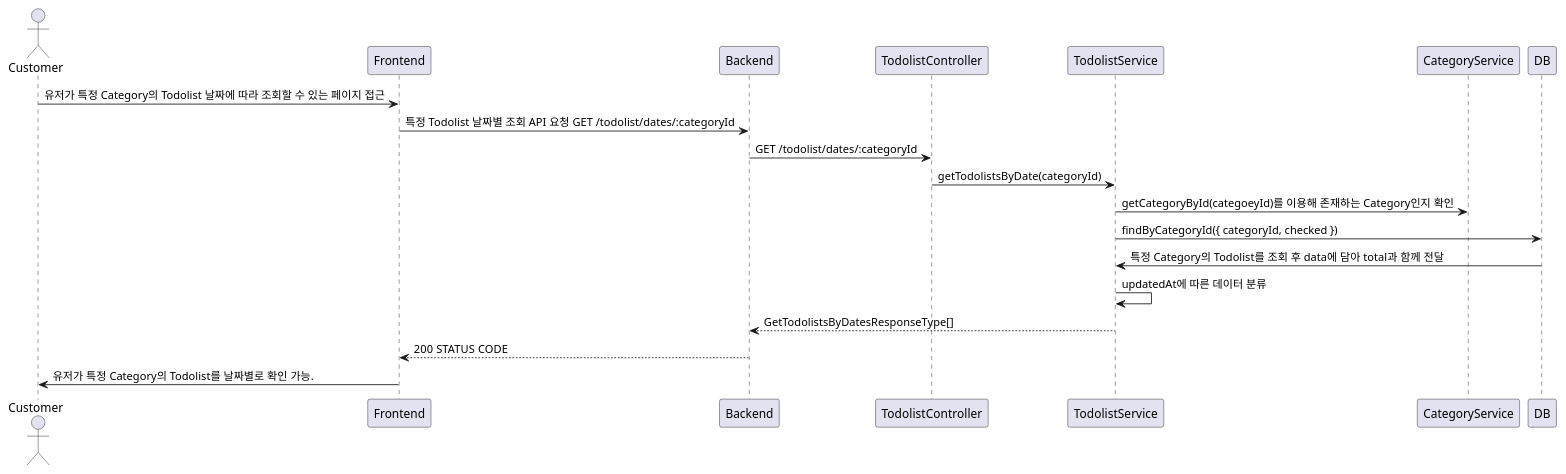
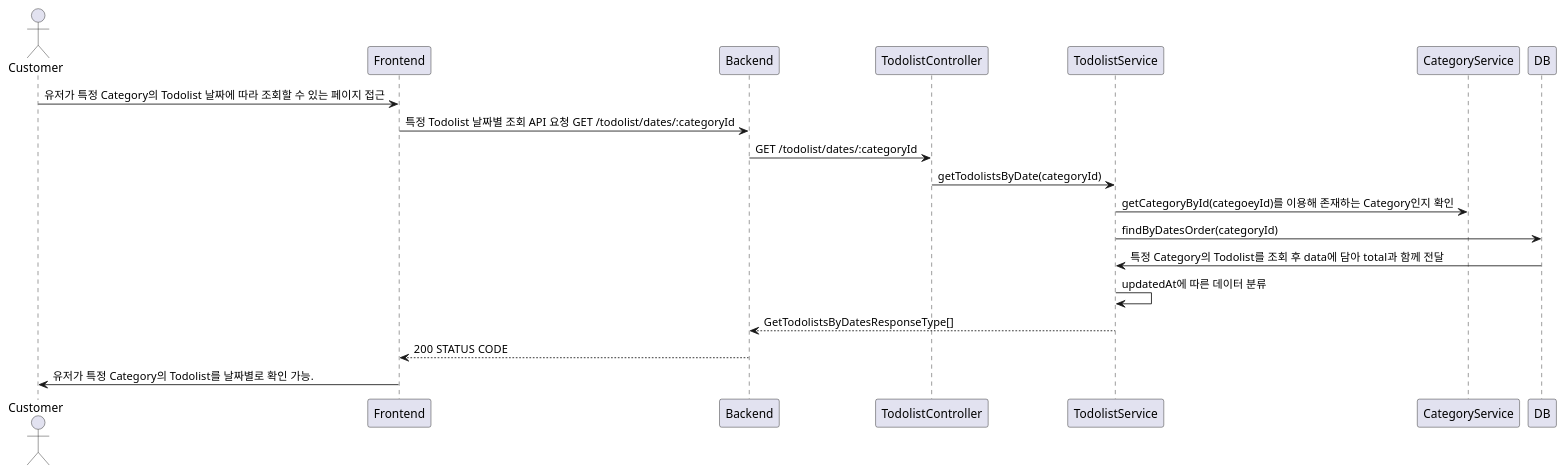
One commit to VVSOGI/todolist-remake changed the third of 3 diagrams in server/docs/todolist/todolist.get.md. Above: the diagram before and after it, drawn with PlantUML.

Commit message:
Refactor TodolistService to use findByDatesOrder instead of findByCategoryId

````diff
--- a/server/docs/todolist/todolist.get.md
+++ b/server/docs/todolist/todolist.get.md
@@ -113,16 +113,16 @@
 ```plantuml
 @startuml
 actor Customer
 Customer -> Frontend: 유저가 특정 Category의 Todolist 날짜에 따라 조회할 수 있는 페이지 접근
     Frontend -> Backend: 특정 Todolist 날짜별 조회 API 요청 GET /todolist/dates/:categoryId
         Backend -> TodolistController: GET /todolist/dates/:categoryId
             TodolistController -> TodolistService: getTodolistsByDate(categoryId)
                 TodolistService -> CategoryService: getCategoryById(categoeyId)를 이용해 존재하는 Category인지 확인
-                TodolistService -> DB: findByCategoryId({ categoryId, checked })
+                TodolistService -> DB: findByDatesOrder(categoryId)
                 DB -> TodolistService: 특정 Category의 Todolist를 조회 후 data에 담아 total과 함께 전달
                 TodolistService -> TodolistService: updatedAt에 따른 데이터 분류
             Backend <-- TodolistService: GetTodolistsByDatesResponseType[]
     Frontend <-- Backend: 200 STATUS CODE
 Customer <- Frontend: 유저가 특정 Category의 Todolist를 날짜별로 확인 가능.
 @enduml
 ```
````
